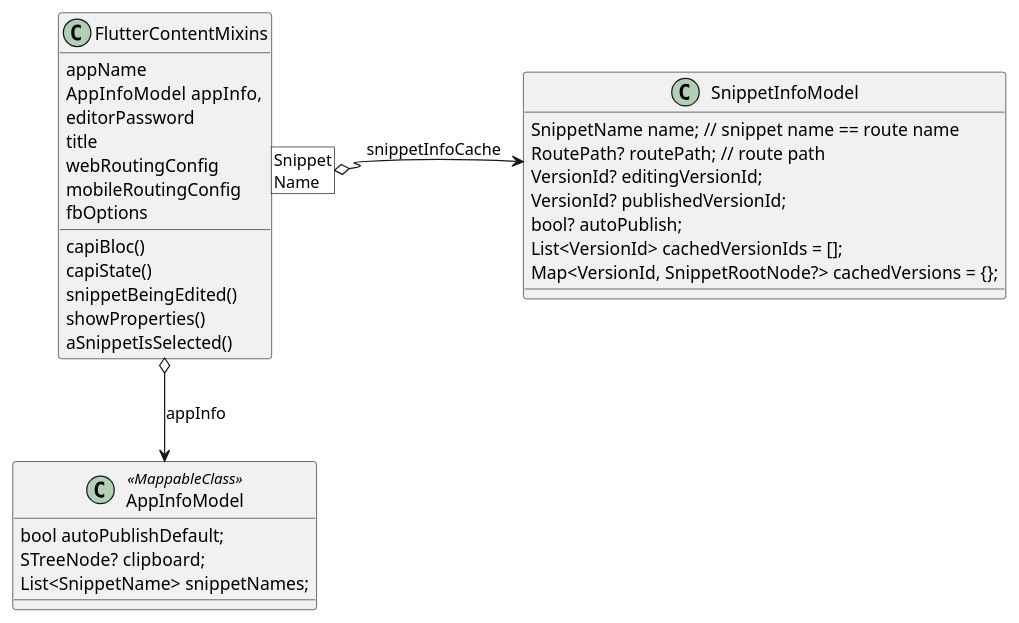
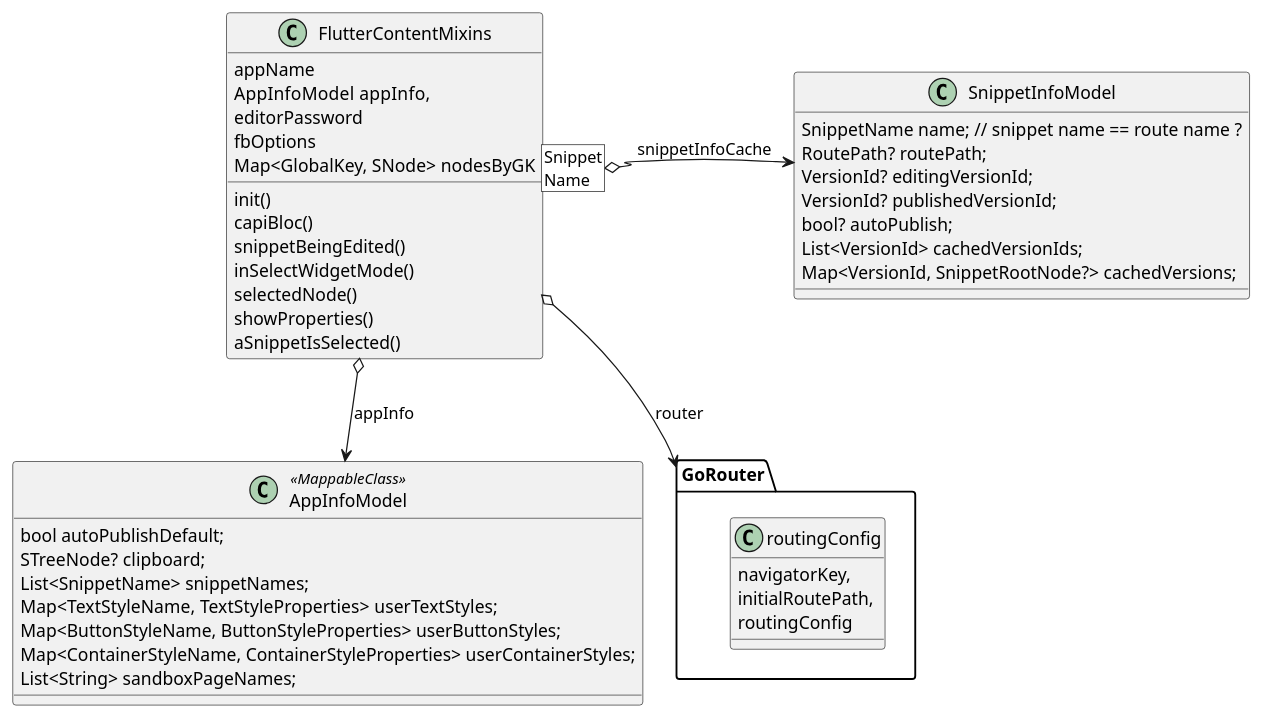
Before and after one commit to biancashouse/flutter_content: the diagram in lib/flutter_content_uml.puml, drawn with PlantUML. The commit also changed 32 other files, not shown here.

Commit message:
refactoring flutter_content

```diff
--- a/lib/flutter_content_uml.puml
+++ b/lib/flutter_content_uml.puml
@@ -1,41 +1,55 @@
 @startuml
 
 'https://plantuml.com/class-diagram
 
 class FlutterContentMixins {
     appName
     AppInfoModel  appInfo,
     editorPassword
-    title
-    webRoutingConfig
-    mobileRoutingConfig
     fbOptions
+    Map<GlobalKey, SNode> nodesByGK
+    init()
     capiBloc()
-    capiState()
     snippetBeingEdited()
+    inSelectWidgetMode()
+    selectedNode()
     showProperties()
     aSnippetIsSelected()
 }
+
+class GoRouter.routingConfig {
+    navigatorKey,
+    initialRoutePath,
+    routingConfig
+   }
+FlutterContentMixins o--> GoRouter : router
+
+/'
+class RoutingConfig {}
+FlutterContentMixins o--> RoutingConfig : routingConfig
+'/
 
 class AppInfoModel<<MappableClass>> {
     bool autoPublishDefault;
     STreeNode? clipboard;
     List<SnippetName> snippetNames;
+    Map<TextStyleName, TextStyleProperties> userTextStyles;
+    Map<ButtonStyleName, ButtonStyleProperties> userButtonStyles;
+    Map<ContainerStyleName, ContainerStyleProperties> userContainerStyles;
+    List<String> sandboxPageNames;
 }
+FlutterContentMixins o--> AppInfoModel : appInfo
 
 class SnippetInfoModel {
-    SnippetName name; // snippet name == route name
-    RoutePath? routePath; // route path
+    SnippetName name; // snippet name == route name ?
+    RoutePath? routePath;
     VersionId? editingVersionId;
     VersionId? publishedVersionId;
     bool? autoPublish;
-    List<VersionId> cachedVersionIds = [];
-    Map<VersionId, SnippetRootNode?> cachedVersions = {};
+    List<VersionId> cachedVersionIds;
+    Map<VersionId, SnippetRootNode?> cachedVersions;
 }
-
-
-FlutterContentMixins o--> AppInfoModel : appInfo
 FlutterContentMixins [Snippet\nName] o-r-> SnippetInfoModel : snippetInfoCache
 
 
 @enduml
```
